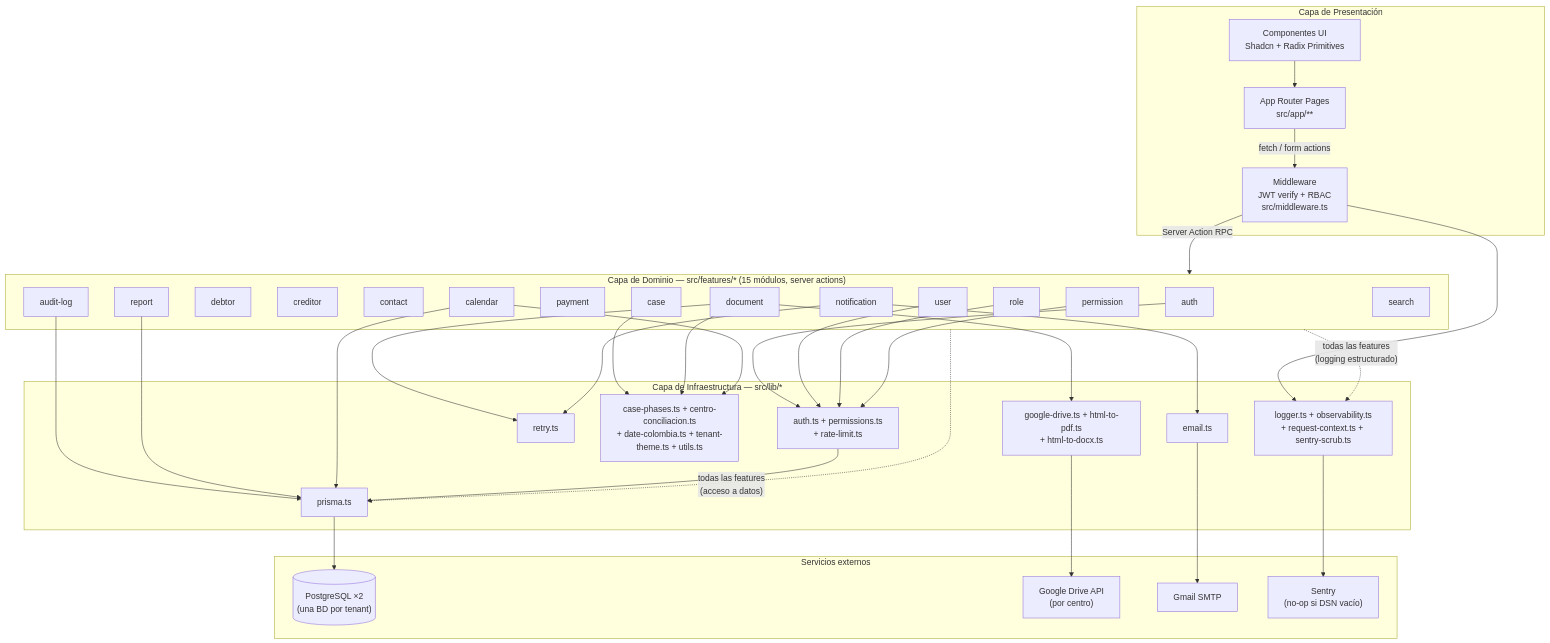
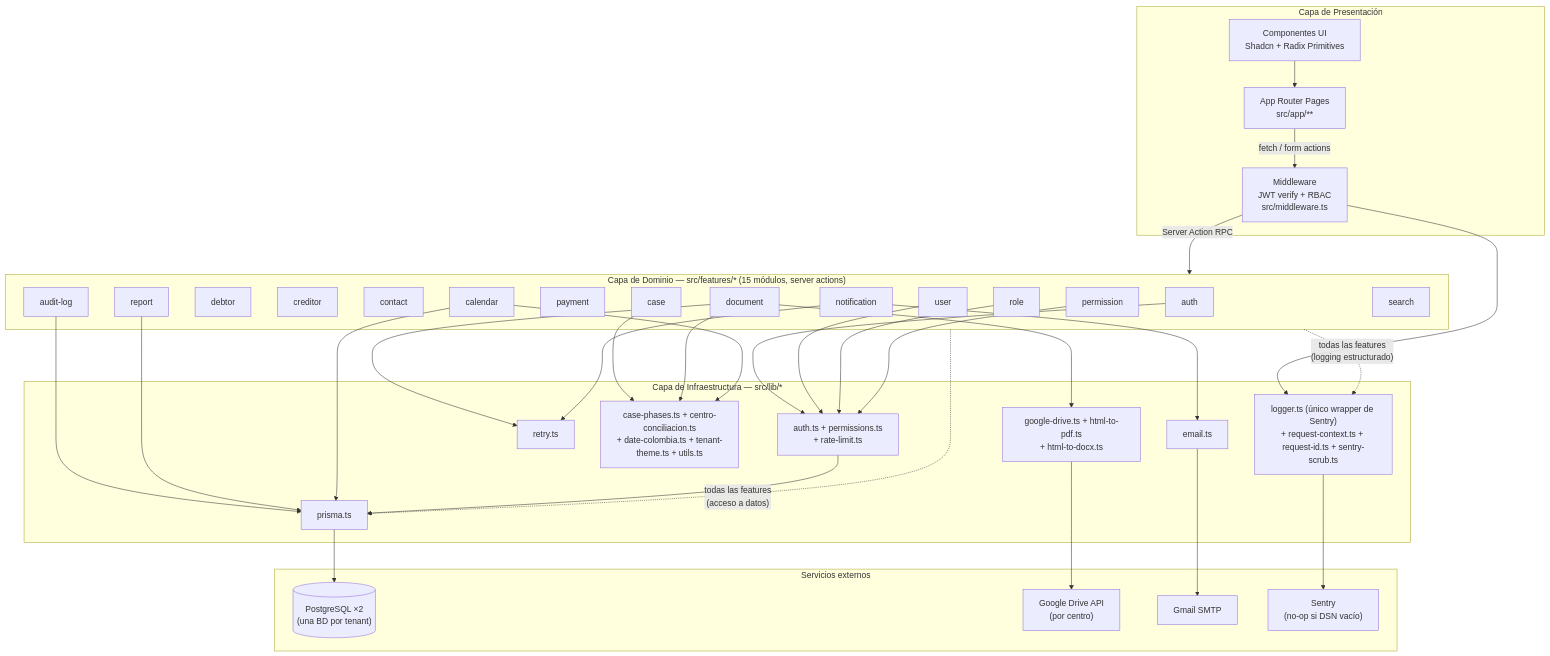
One commit to insolventic/insolventic changed the diagram in docs/DIAGRAMA_COMPONENTES.md. Above: the diagram before and after it, drawn with Mermaid. The commit also changed other lines of this file and 15 other files, not shown here.

First line of the commit message:
refactor(observabilidad): un solo wrapper de Sentry (el logger) + fin del evento duplicado en generacion (#38)

````diff
--- a/docs/DIAGRAMA_COMPONENTES.md
+++ b/docs/DIAGRAMA_COMPONENTES.md
@@ -11,72 +11,72 @@
 ```mermaid
 flowchart TB
     subgraph Presentacion["Capa de Presentación"]
         Pages["App Router Pages<br/>src/app/**"]
         UI["Componentes UI<br/>Shadcn + Radix Primitives"]
         Middleware["Middleware<br/>JWT verify + RBAC<br/>src/middleware.ts"]
     end
 
     subgraph Dominio["Capa de Dominio — src/features/* (15 módulos, server actions)"]
         Auth[auth]
         Case[case]
         Debtor[debtor]
         Creditor[creditor]
         Contact[contact]
         Document[document]
         Payment[payment]
         Report[report]
         Notification[notification]
         AuditLog["audit-log"]
         User[user]
         Role[role]
         Permission[permission]
         Calendar[calendar]
         Search[search]
     end
 
     subgraph Infra["Capa de Infraestructura — src/lib/*"]
         InfraAuth["auth.ts + permissions.ts<br/>+ rate-limit.ts"]
         InfraData["prisma.ts"]
         InfraDocs["google-drive.ts + html-to-pdf.ts<br/>+ html-to-docx.ts"]
-        InfraObs["logger.ts + observability.ts<br/>+ request-context.ts + sentry-scrub.ts"]
+        InfraObs["logger.ts (único wrapper de Sentry)<br/>+ request-context.ts + request-id.ts + sentry-scrub.ts"]
         InfraRetry["retry.ts"]
         InfraUtil["case-phases.ts + centro-conciliacion.ts<br/>+ date-colombia.ts + tenant-theme.ts + utils.ts"]
         InfraEmail["email.ts"]
     end
 
     subgraph Externos["Servicios externos"]
         DB[("PostgreSQL ×2<br/>(una BD por tenant)")]
         Drive["Google Drive API<br/>(por centro)"]
         SMTP["Gmail SMTP"]
         Sentry["Sentry<br/>(no-op si DSN vacío)"]
     end
 
     UI --> Pages
     Pages -- "fetch / form actions" --> Middleware
     Middleware -- "Server Action RPC" --> Dominio
     Middleware --> InfraObs
 
     Auth --> InfraAuth
     User --> InfraAuth
     Role --> InfraAuth
     Permission --> InfraAuth
     Case --> InfraUtil
     Document --> InfraDocs
     Document --> InfraRetry
     Document --> InfraUtil
     Notification --> InfraEmail
     Notification --> InfraRetry
     AuditLog --> InfraData
     Report --> InfraData
     Calendar --> InfraData
     Calendar --> InfraUtil
 
     Dominio -. "todas las features<br/>(acceso a datos)" .-> InfraData
     Dominio -. "todas las features<br/>(logging estructurado)" .-> InfraObs
 
     InfraAuth --> InfraData
     InfraData --> DB
     InfraDocs --> Drive
     InfraEmail --> SMTP
     InfraObs --> Sentry
 ```
````
